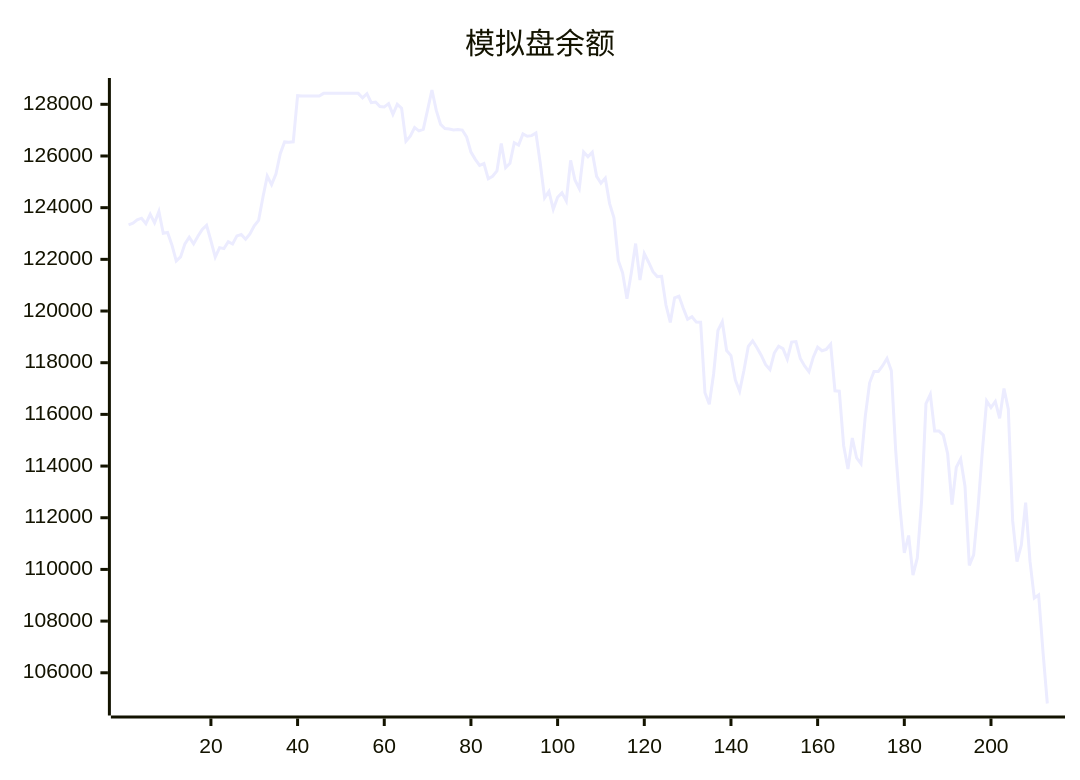
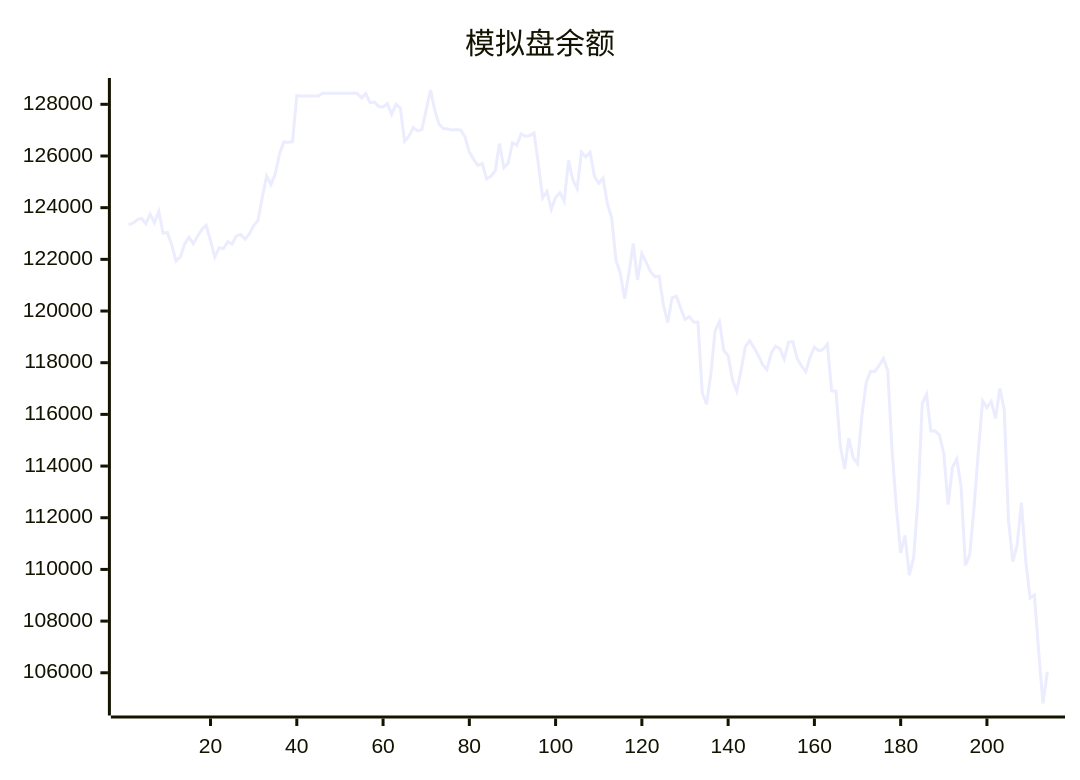
One commit to aahl/ai-trading changed the diagram in README.md. Above: the diagram before and after it, drawn with Mermaid. The commit also changed other lines of this file and 1 other file, not shown here.

````diff
--- a/README.md
+++ b/README.md
@@ -5,5 +5,5 @@
 ```mermaid
 xychart
     title "模拟盘余额"
-    line [123338,123402,123530,123592,123378,123745,123413,123853,123009,123040,122557,121938,122095,122599,122856,122597,122898,123160,123319,122719,122087,122454,122416,122685,122592,122907,122961,122776,122981,123295,123507,124403,125224,124894,125303,126088,126544,126534,126549,128335,128318,128318,128318,128318,128318,128424,128424,128424,128424,128424,128424,128424,128424,128424,128247,128412,128062,128087,127917,127901,128026,127611,128000,127850,126572,126770,127100,126971,127029,127783,128554,127765,127224,127064,127044,127009,127025,127004,126738,126152,125871,125635,125707,125117,125217,125420,126480,125545,125715,126511,126424,126856,126764,126788,126890,125710,124381,124632,123936,124402,124574,124256,125833,125070,124739,126154,125966,126145,125213,124943,125143,124157,123604,121959,121476,120476,121470,122610,121201,122221,121889,121522,121332,121344,120232,119559,120513,120577,120108,119680,119777,119572,119568,116839,116392,117573,119250,119585,118469,118277,117338,116897,117706,118628,118849,118579,118280,117926,117735,118373,118639,118544,118136,118798,118819,118162,117874,117649,118215,118601,118463,118517,118713,116911,116899,114798,113887,115084,114313,114091,115934,117221,117658,117658,117883,118164,117693,114632,112403,110644,111313,109777,110444,112673,116419,116772,115355,115355,115198,114476,112510,113954,114276,113223,110151,110561,112361,114562,116522,116265,116500,115845,117000,116199,111887,110306,110942,112588,110318,108891,109011,106814,104811]
+    line [123338,123402,123530,123592,123378,123745,123413,123853,123009,123040,122557,121938,122095,122599,122856,122597,122898,123160,123319,122719,122087,122454,122416,122685,122592,122907,122961,122776,122981,123295,123507,124403,125224,124894,125303,126088,126544,126534,126549,128335,128318,128318,128318,128318,128318,128424,128424,128424,128424,128424,128424,128424,128424,128424,128247,128412,128062,128087,127917,127901,128026,127611,128000,127850,126572,126770,127100,126971,127029,127783,128554,127765,127224,127064,127044,127009,127025,127004,126738,126152,125871,125635,125707,125117,125217,125420,126480,125545,125715,126511,126424,126856,126764,126788,126890,125710,124381,124632,123936,124402,124574,124256,125833,125070,124739,126154,125966,126145,125213,124943,125143,124157,123604,121959,121476,120476,121470,122610,121201,122221,121889,121522,121332,121344,120232,119559,120513,120577,120108,119680,119777,119572,119568,116839,116392,117573,119250,119585,118469,118277,117338,116897,117706,118628,118849,118579,118280,117926,117735,118373,118639,118544,118136,118798,118819,118162,117874,117649,118215,118601,118463,118517,118713,116911,116899,114798,113887,115084,114313,114091,115934,117221,117658,117658,117883,118164,117693,114632,112403,110644,111313,109777,110444,112673,116419,116772,115355,115355,115198,114476,112510,113954,114276,113223,110151,110561,112361,114562,116522,116265,116500,115845,117000,116199,111887,110306,110942,112588,110318,108891,109011,106814,104811,106038]
 ```
````
